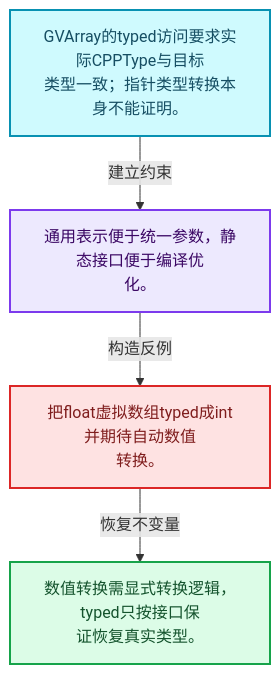
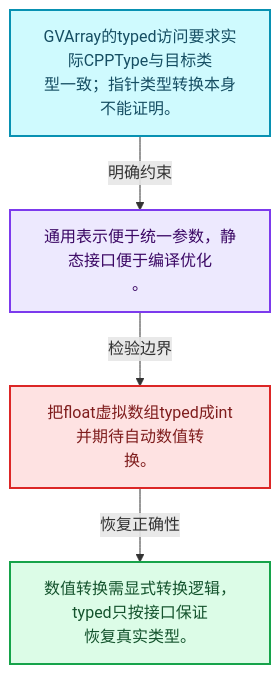
One commit to yunkezengren/blender-.vscode changed the first of 4 diagrams in 杂/markdown/全面学习-codex/04-虚拟数组与索引选择/05-GVArray运行时类型.md. Above: the diagram before and after it, drawn with Mermaid. The commit also changed other lines of this file and 1930 other files, not shown here.

````diff
--- a/杂/markdown/全面学习-codex/04-虚拟数组与索引选择/05-GVArray运行时类型.md
+++ b/杂/markdown/全面学习-codex/04-虚拟数组与索引选择/05-GVArray运行时类型.md
@@ -29,16 +29,16 @@
 ```mermaid
 flowchart TB
-  M["GVArray的typed访问要求实际CPPType与目标<br/>类型一致；指针类型转换本身不能证明。"]:::data
-  T["通用表示便于统一参数，静态接口便于编译优<br/>化。"]:::abstraction
-  X["把float虚拟数组typed成int并期待自动数值<br/>转换。"]:::error
-  A["数值转换需显式转换逻辑，typed只按接口保<br/>证恢复真实类型。"]:::result
-  M -->|"建立约束"| T
-  T -->|"构造反例"| X
-  X -->|"恢复不变量"| A
+  M["GVArray的typed访问要求实际CPPType与目标类<br/>型一致；指针类型转换本身不能证明。"]:::data
+  C["通用表示便于统一参数，静态接口便于编译优化<br/>。"]:::abstraction
+  B["把float虚拟数组typed成int并期待自动数值转<br/>换。"]:::error
+  R["数值转换需显式转换逻辑，typed只按接口保证<br/>恢复真实类型。"]:::result
+  M -->|"明确约束"| C
+  C -->|"检验边界"| B
+  B -->|"恢复正确性"| R
   classDef input fill:#DBEAFE,stroke:#2563EB,color:#172554,stroke-width:2px;
   classDef data fill:#CFFAFE,stroke:#0891B2,color:#164E63,stroke-width:2px;
   classDef abstraction fill:#EDE9FE,stroke:#7C3AED,color:#3B0764,stroke-width:2px;
   classDef compute fill:#FEF3C7,stroke:#D97706,color:#78350F,stroke-width:2px;
   classDef result fill:#DCFCE7,stroke:#16A34A,color:#14532D,stroke-width:2px;
   classDef error fill:#FEE2E2,stroke:#DC2626,color:#7F1D1D,stroke-width:2px;
 ```
````
